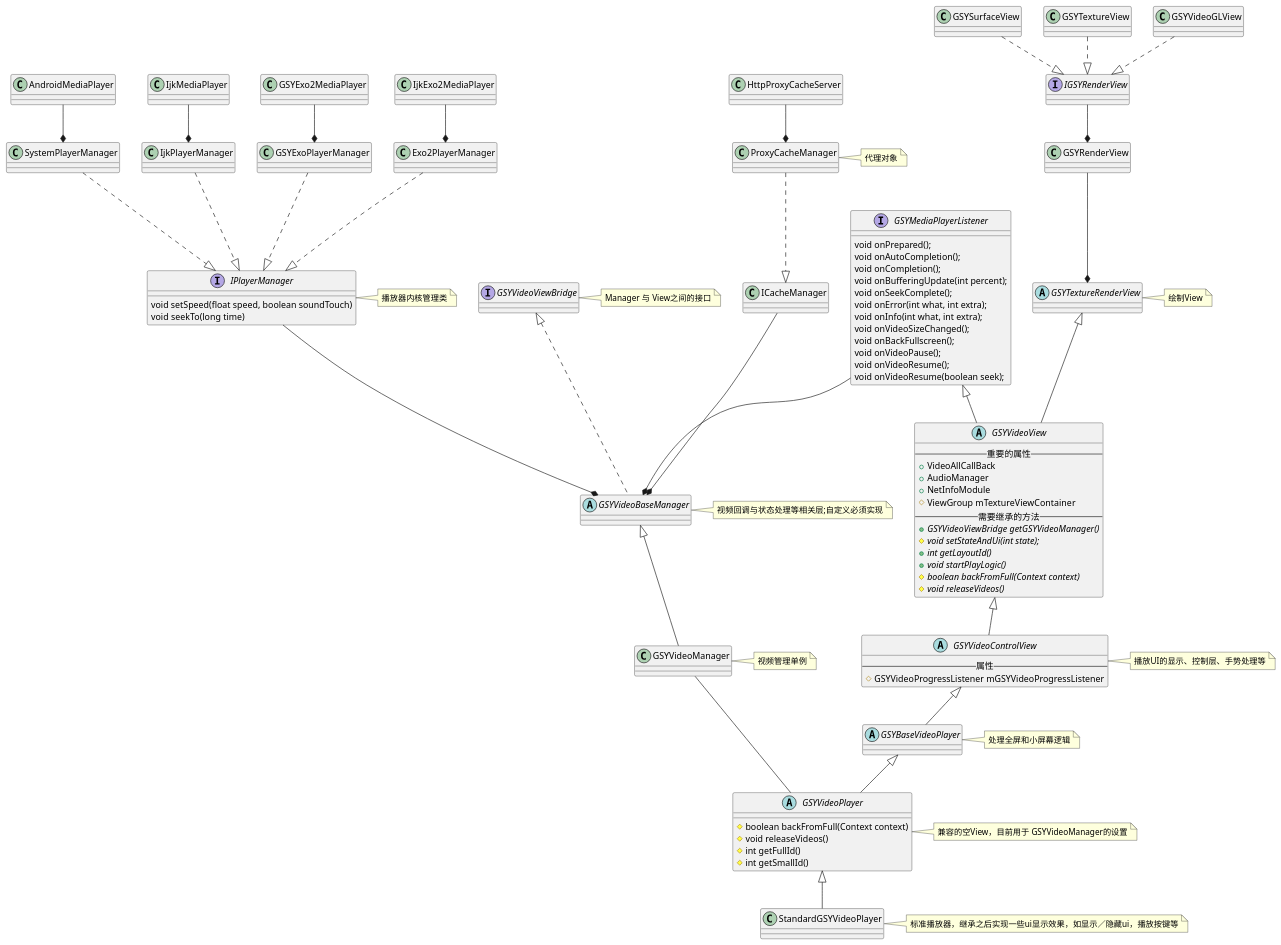
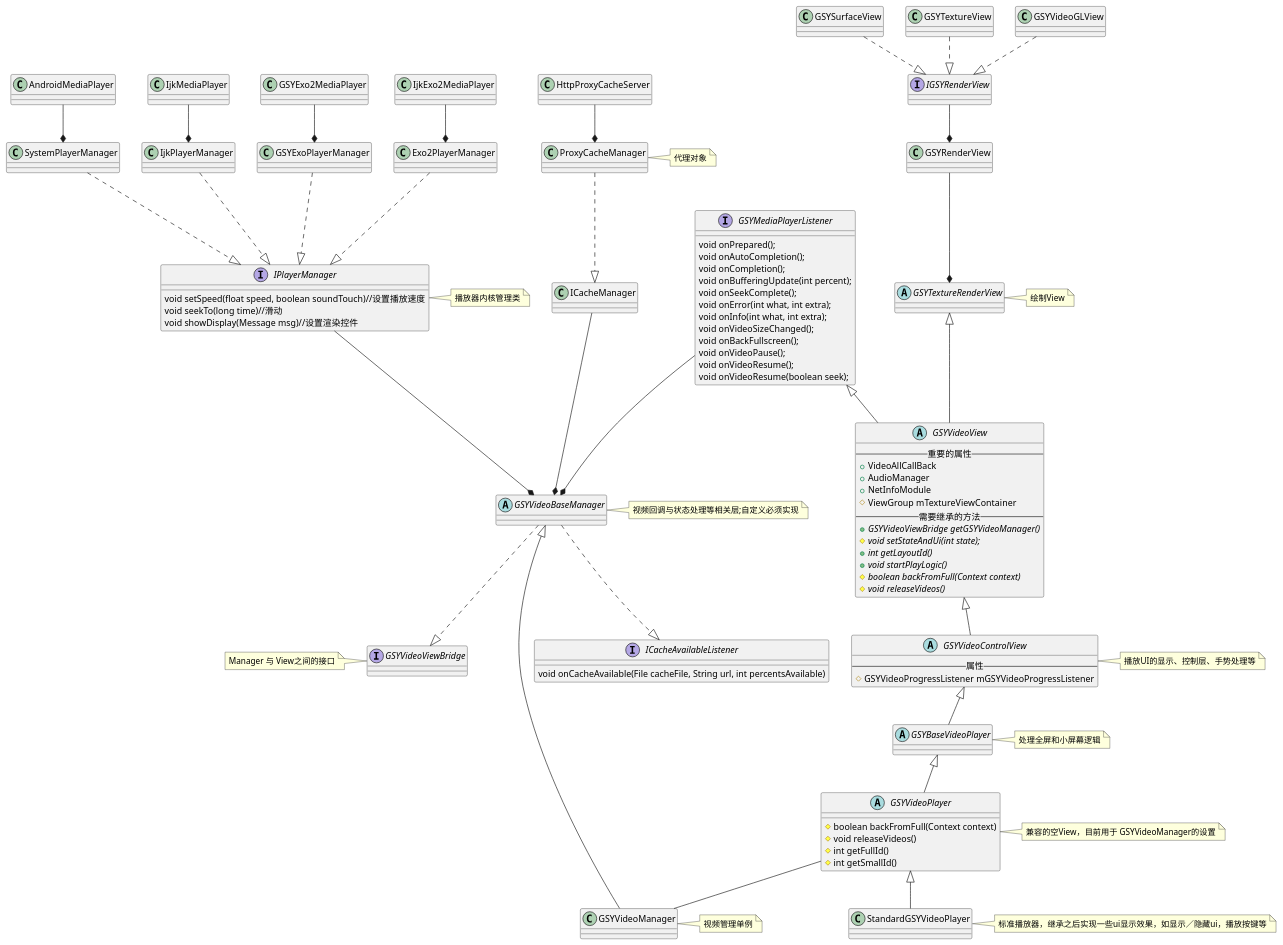
Before and after one commit to yufns/uml: the diagram in uml/gsyplayer/class/main_class.puml, drawn with PlantUML.

Commit message:
no message

```diff
--- a/uml/gsyplayer/class/main_class.puml
+++ b/uml/gsyplayer/class/main_class.puml
@@ -1,120 +1,125 @@
 @startuml
+interface ICacheAvailableListener{
+  void onCacheAvailable(File cacheFile, String url, int percentsAvailable)
+}
 abstract GSYTextureRenderView
 note right : 绘制View
 abstract GSYVideoView{
   --  重要的属性 --
   + VideoAllCallBack
   + AudioManager
   + NetInfoModule
   # ViewGroup mTextureViewContainer
   -- 需要继承的方法 --
   {abstract} + GSYVideoViewBridge getGSYVideoManager()
   {abstract} # void setStateAndUi(int state);
   {abstract} + int getLayoutId()
   {abstract} + void startPlayLogic()
   {abstract} # boolean backFromFull(Context context)
   {abstract} # void releaseVideos()
 }
 abstract GSYVideoBaseManager{
 
 }
 note right : 视频回调与状态处理等相关层;自定义必须实现
+
+GSYVideoBaseManager ..|> ICacheAvailableListener
+
 abstract GSYVideoControlView{
   --  属性 --
   # GSYVideoProgressListener mGSYVideoProgressListener
 }
 note right : 播放UI的显示、控制层、手势处理等
 abstract GSYBaseVideoPlayer
 note right : 处理全屏和小屏幕逻辑
 abstract GSYVideoPlayer{
   # boolean backFromFull(Context context)
   # void releaseVideos()
   # int getFullId()
   # int getSmallId()
 }
 note right : 兼容的空View，目前用于 GSYVideoManager的设置
 class StandardGSYVideoPlayer
 note right : 标准播放器，继承之后实现一些ui显示效果，如显示／隐藏ui，播放按键等
 
 interface IPlayerManager{
-  void setSpeed(float speed, boolean soundTouch)
-  void seekTo(long time)
+  void setSpeed(float speed, boolean soundTouch)//设置播放速度
+  void seekTo(long time)//滑动
+  void showDisplay(Message msg)//设置渲染控件
 }
 note right : 播放器内核管理类
 
 
 interface GSYVideoViewBridge{
 
 }
-note right : Manager 与 View之间的接口
-
-
+note left : Manager 与 View之间的接口
 
 
 interface GSYMediaPlayerListener{
     void onPrepared();
     void onAutoCompletion();
     void onCompletion();
     void onBufferingUpdate(int percent);
     void onSeekComplete();
     void onError(int what, int extra);
     void onInfo(int what, int extra);
     void onVideoSizeChanged();
     void onBackFullscreen();
     void onVideoPause();
     void onVideoResume();
     void onVideoResume(boolean seek);
 }
 GSYMediaPlayerListener <|-- GSYVideoView
 
 
 class GSYRenderView
 interface IGSYRenderView
 
 class GSYSurfaceView
 class GSYTextureView
 class GSYVideoGLView
 class ProxyCacheManager
 note right : 代理对象
 
 GSYTextureRenderView <|-- GSYVideoView
 GSYRenderView --* GSYTextureRenderView
 IGSYRenderView --* GSYRenderView
 
 
 GSYSurfaceView ..|> IGSYRenderView
 GSYTextureView ..|> IGSYRenderView
 GSYVideoGLView ..|> IGSYRenderView
 
 class GSYVideoManager{
 
 }
 
 note right:视频管理单例
-GSYVideoManager -- GSYVideoPlayer
+GSYVideoPlayer -- GSYVideoManager
 GSYVideoBaseManager <|-- GSYVideoManager
 IPlayerManager --* GSYVideoBaseManager
 ICacheManager --* GSYVideoBaseManager
-GSYVideoViewBridge <|.. GSYVideoBaseManager
+GSYVideoBaseManager ..|> GSYVideoViewBridge
 
 ProxyCacheManager ..|> ICacheManager
 HttpProxyCacheServer --* ProxyCacheManager
 
 
 SystemPlayerManager ..|> IPlayerManager
 IjkPlayerManager ..|> IPlayerManager
 GSYExoPlayerManager ..|> IPlayerManager
 Exo2PlayerManager ..|> IPlayerManager
 AndroidMediaPlayer --* SystemPlayerManager
 IjkMediaPlayer --* IjkPlayerManager
 GSYExo2MediaPlayer --* GSYExoPlayerManager
 IjkExo2MediaPlayer --* Exo2PlayerManager
 
 
 GSYVideoView <|-- GSYVideoControlView
 GSYVideoControlView <|-- GSYBaseVideoPlayer
 GSYBaseVideoPlayer <|-- GSYVideoPlayer
 GSYVideoPlayer <|-- StandardGSYVideoPlayer
 GSYMediaPlayerListener --* GSYVideoBaseManager
 
 @enduml
```
